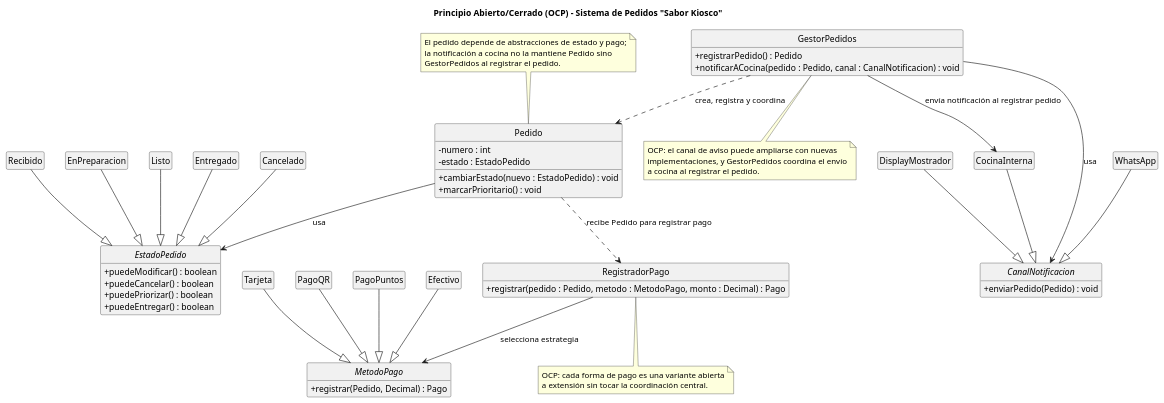
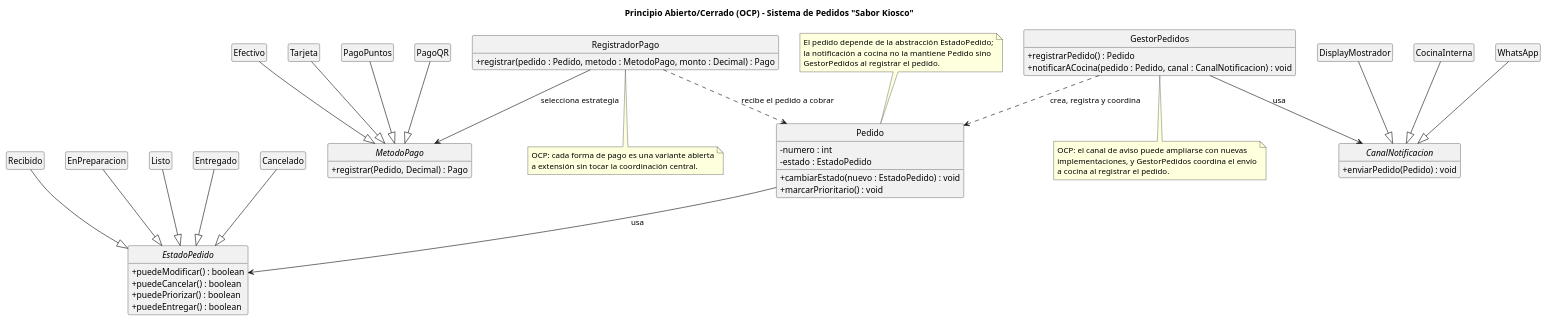
One commit to lucasmengarelli3/SistemaPedidos changed the diagram in diagramas/01-diagrama-clases/01-solid-02-ocp.puml. Above: the diagram before and after it, drawn with PlantUML. The commit also changed 24 other files, not shown here.

```diff
--- a/diagramas/01-diagrama-clases/01-solid-02-ocp.puml
+++ b/diagramas/01-diagrama-clases/01-solid-02-ocp.puml
@@ -1,93 +1,92 @@
 @startuml
 skinparam shadowing false
 skinparam classAttributeIconSize 0
 hide empty members
 hide circle
 
 title Principio Abierto/Cerrado (OCP) - Sistema de Pedidos "Sabor Kiosco"
 
 abstract class EstadoPedido {
   + puedeModificar() : boolean
   + puedeCancelar() : boolean
   + puedePriorizar() : boolean
   + puedeEntregar() : boolean
 }
 
 class Recibido
 class EnPreparacion
 class Listo
 class Entregado
 class Cancelado
 
 abstract class MetodoPago {
   + registrar(Pedido, Decimal) : Pago
 }
 
 class Efectivo
 class Tarjeta
 class PagoQR
 class PagoPuntos
 
 abstract class CanalNotificacion {
   + enviarPedido(Pedido) : void
 }
 
 class CocinaInterna
 class WhatsApp
 class DisplayMostrador
 
 class Pedido {
   - numero : int
   - estado : EstadoPedido
   + cambiarEstado(nuevo : EstadoPedido) : void
   + marcarPrioritario() : void
 }
 
 class RegistradorPago {
   + registrar(pedido : Pedido, metodo : MetodoPago, monto : Decimal) : Pago
 }
 
 class GestorPedidos {
   + registrarPedido() : Pedido
   + notificarACocina(pedido : Pedido, canal : CanalNotificacion) : void
 }
 
 Recibido --|> EstadoPedido
 EnPreparacion --|> EstadoPedido
 Listo --|> EstadoPedido
 Entregado --|> EstadoPedido
 Cancelado --|> EstadoPedido
 
 Efectivo --|> MetodoPago
 Tarjeta --|> MetodoPago
 PagoQR --|> MetodoPago
 PagoPuntos --|> MetodoPago
 
 CocinaInterna --|> CanalNotificacion
 WhatsApp --|> CanalNotificacion
 DisplayMostrador --|> CanalNotificacion
 
 Pedido --> EstadoPedido : usa
-Pedido ..> RegistradorPago : recibe Pedido para registrar pago
+RegistradorPago ..> Pedido : recibe el pedido a cobrar
 RegistradorPago --> MetodoPago : selecciona estrategia
 GestorPedidos --> CanalNotificacion : usa
-GestorPedidos --> CocinaInterna : envía notificación al registrar pedido
 GestorPedidos ..> Pedido : crea, registra y coordina
 
 note top of Pedido
-  El pedido depende de abstracciones de estado y pago;
+  El pedido depende de la abstracción EstadoPedido;
   la notificación a cocina no la mantiene Pedido sino
   GestorPedidos al registrar el pedido.
 end note
 
 note bottom of RegistradorPago
   OCP: cada forma de pago es una variante abierta
   a extensión sin tocar la coordinación central.
 end note
 
 note bottom of GestorPedidos
   OCP: el canal de aviso puede ampliarse con nuevas
   implementaciones, y GestorPedidos coordina el envío
   a cocina al registrar el pedido.
 end note
 @enduml
```
